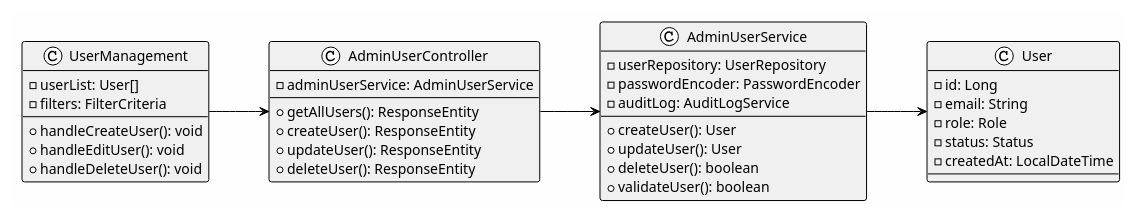
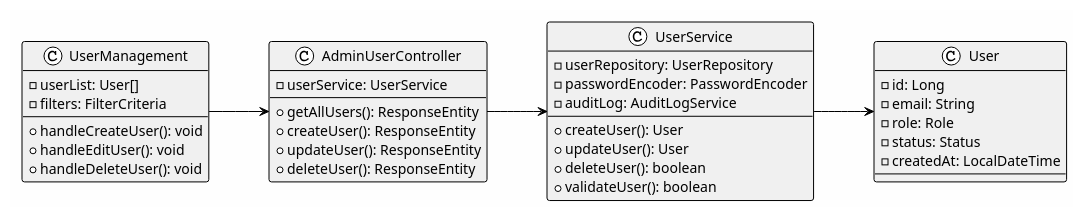
Before and after one commit to lawas-tess/SPMP-Evaluator: diagram 20 of 29 in Capstone Files/Module2.md, drawn with PlantUML. The commit also changed other lines of this file and 8 other files, not shown here.

Commit message:
Add AI integration architecture docs, PlantUML diagrams, and presentation script; Update modules with hybrid AI approach; Switch to Amazon Nova model with timeout protection

````diff
--- a/Capstone Files/Module2.md
+++ b/Capstone Files/Module2.md
@@ -2189,49 +2293,49 @@
 ```plantuml
 @startuml UserManagement_ClassDiagram
 !theme plain
 left to right direction
 skinparam backgroundColor #FEFEFE
 skinparam classBackgroundColor #F0F0F0
 
 class UserManagement {
   - userList: User[]
   - filters: FilterCriteria
   --
   + handleCreateUser(): void
   + handleEditUser(): void
   + handleDeleteUser(): void
 }
 
 class AdminUserController {
-  - adminUserService: AdminUserService
+  - userService: UserService
   --
   + getAllUsers(): ResponseEntity
   + createUser(): ResponseEntity
   + updateUser(): ResponseEntity
   + deleteUser(): ResponseEntity
 }
 
-class AdminUserService {
+class UserService {
   - userRepository: UserRepository
   - passwordEncoder: PasswordEncoder
   - auditLog: AuditLogService
   --
   + createUser(): User
   + updateUser(): User
   + deleteUser(): boolean
   + validateUser(): boolean
 }
 
 class User {
   - id: Long
   - email: String
   - role: Role
   - status: Status
   - createdAt: LocalDateTime
 }
 
 UserManagement --> AdminUserController
-AdminUserController --> AdminUserService
-AdminUserService --> User
+AdminUserController --> UserService
+UserService --> User
 @enduml
 ```
````
